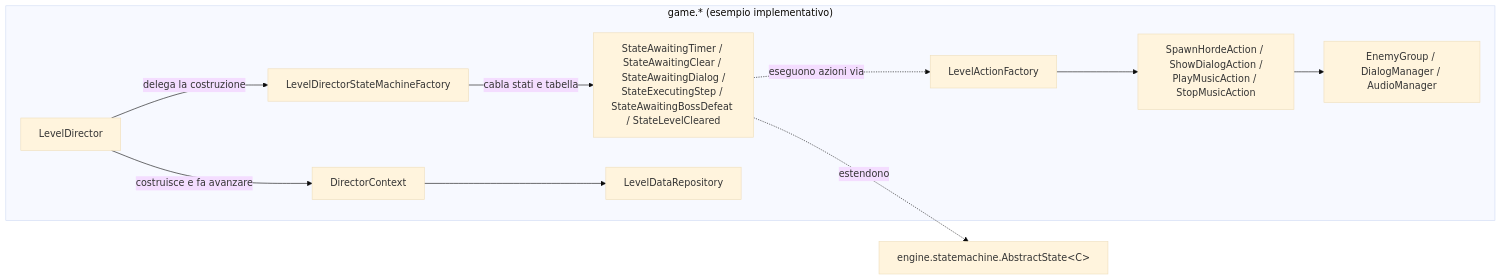
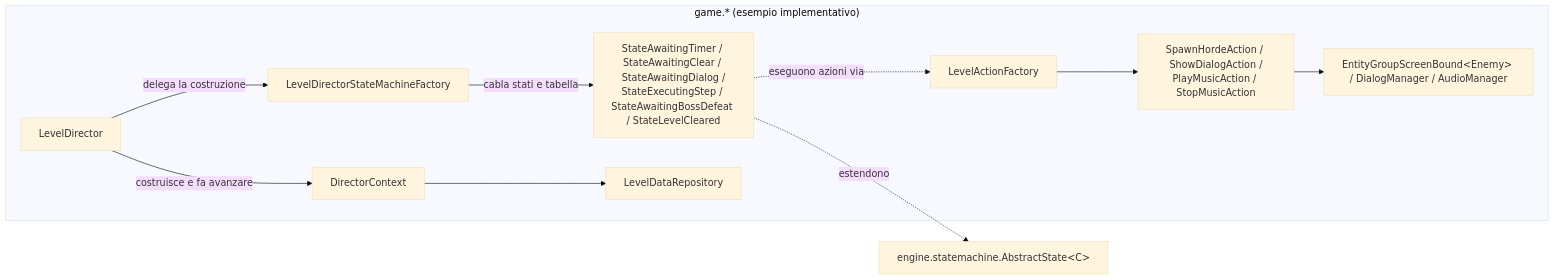
One commit to alesky78/TigerSupply changed the third of 7 diagrams in documentation/subsystems/level-director-sequencing/index.md. Above: the diagram before and after it, drawn with Mermaid (base theme). The commit also changed other lines of this file and 22 other files, not shown here.

First line of the commit message:
refactor: remove EnemyGroup and integrate fire-control into Enemy

````diff
--- a/documentation/subsystems/level-director-sequencing/index.md
+++ b/documentation/subsystems/level-director-sequencing/index.md
@@ -214,13 +214,13 @@
 ```mermaid
 flowchart LR
     subgraph GAME ["game.* (esempio implementativo)"]
         DIR["LevelDirector"] -->|costruisce e fa avanzare| CTX["DirectorContext"]
         DIR -->|delega la costruzione| FAC["LevelDirectorStateMachineFactory"]
         FAC -->|cabla stati e tabella| STATES["StateAwaitingTimer / StateAwaitingClear / StateAwaitingDialog /<br/>StateExecutingStep / StateAwaitingBossDefeat / StateLevelCleared"]
         STATES -. eseguono azioni via .-> AF["LevelActionFactory"]
         AF --> SHA["SpawnHordeAction / ShowDialogAction /<br/>PlayMusicAction / StopMusicAction"]
-        SHA --> EG["EnemyGroup / DialogManager / AudioManager"]
+        SHA --> EG["EntityGroupScreenBound&lt;Enemy&gt; / DialogManager / AudioManager"]
         CTX --> REPO["LevelDataRepository"]
     end
     STATES -. estendono .-> ABS["engine.statemachine.AbstractState&lt;C&gt;"]
 ```
````
